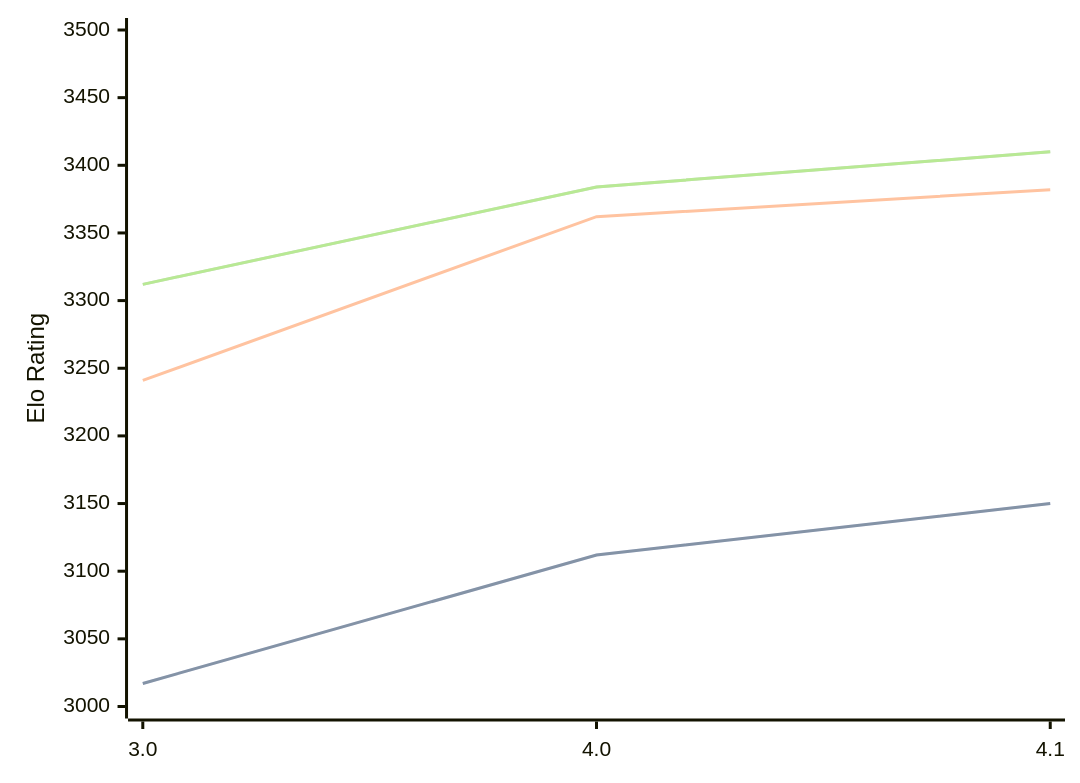
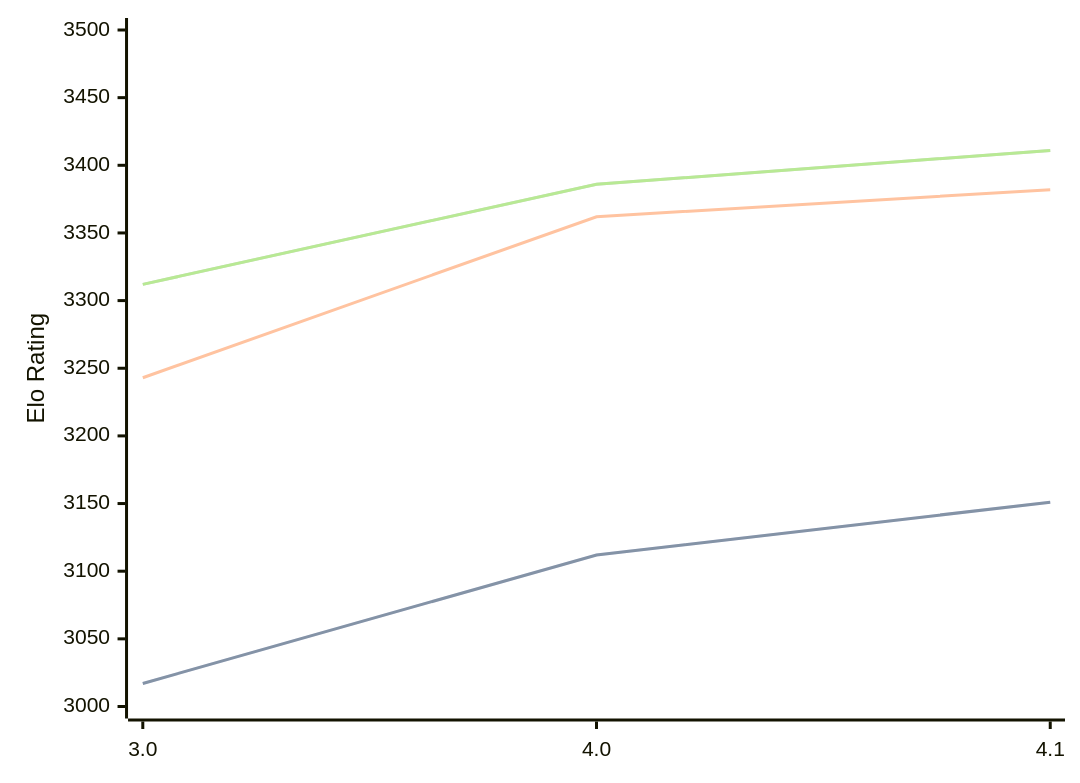
The diagram in engines/Eleanor.md (computer-chess-index/cci), drawn with Mermaid before and after one commit. The commit also changed other lines of this file, not shown here.

Commit message:
Update CCI Ratings (ELO VLTC) - 2026-08-05

````diff
--- a/engines/Eleanor.md
+++ b/engines/Eleanor.md
@@ -35,11 +35,11 @@
 ```mermaid
 %%{init: {"theme":"base","themeVariables":{"seriesColors:['#a3a3a3','#222221','#faa371']}}}%%
 xychart-beta
   x-axis ["3.0", "4.0", "4.1"]
   y-axis "Elo Rating" 3000 --> 3500
-  line "STC (8.0+0.08s)" [3017, 3112, 3150]
-  line "STC (8.0+0.08s)" [3017, 3112, 3150]
-  line "LTC (60.0+0.60s)" [3241, 3362, 3382]
-  line "VLTC (2m24s+1.12s)" [3312, 3384, 3410]
-  line "VLTC (2m24s+1.12s)" [3312, 3384, 3410]
+  line "STC (8.0+0.08s)" [3017, 3112, 3151]
+  line "STC (8.0+0.08s)" [3017, 3112, 3151]
+  line "LTC (60.0+0.60s)" [3243, 3362, 3382]
+  line "VLTC (2m24s+1.12s)" [3312, 3386, 3411]
+  line "VLTC (2m24s+1.12s)" [3312, 3386, 3411]
 ```
````
